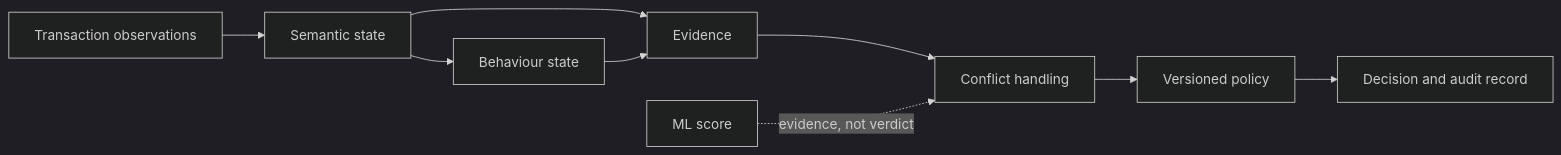
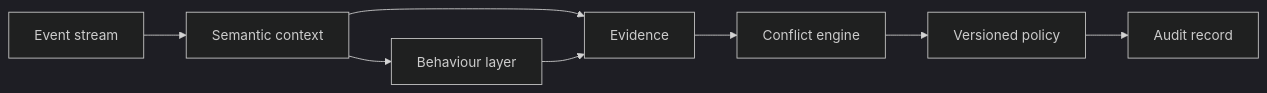
Before and after one commit to zowelqqee/aml-semantic: the third of 3 diagrams in README.md, drawn with Mermaid (dark theme). The commit also changed other lines of this file, not shown here.

````diff
--- a/README.md
+++ b/README.md
@@ -15,11 +87,10 @@
 ```mermaid
 flowchart LR
-  O["Transaction observations"] --> S["Semantic state"]
-  S --> B["Behaviour state"]
+  T["Event stream"] --> S["Semantic context"]
+  S --> B["Behaviour layer"]
   S --> E["Evidence"]
   B --> E
-  E --> C["Conflict handling"]
+  E --> C["Conflict engine"]
   C --> P["Versioned policy"]
-  P --> D["Decision and audit record"]
-  M["ML score"] -. "evidence, not verdict" .-> C
+  P --> A["Audit record"]
 ```
````
